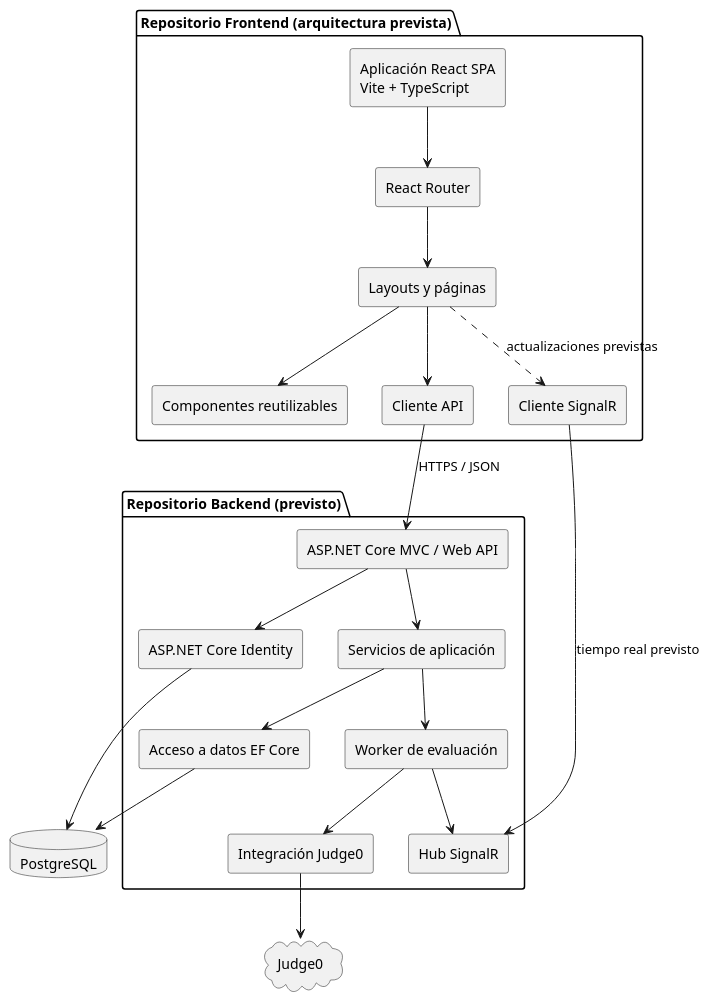
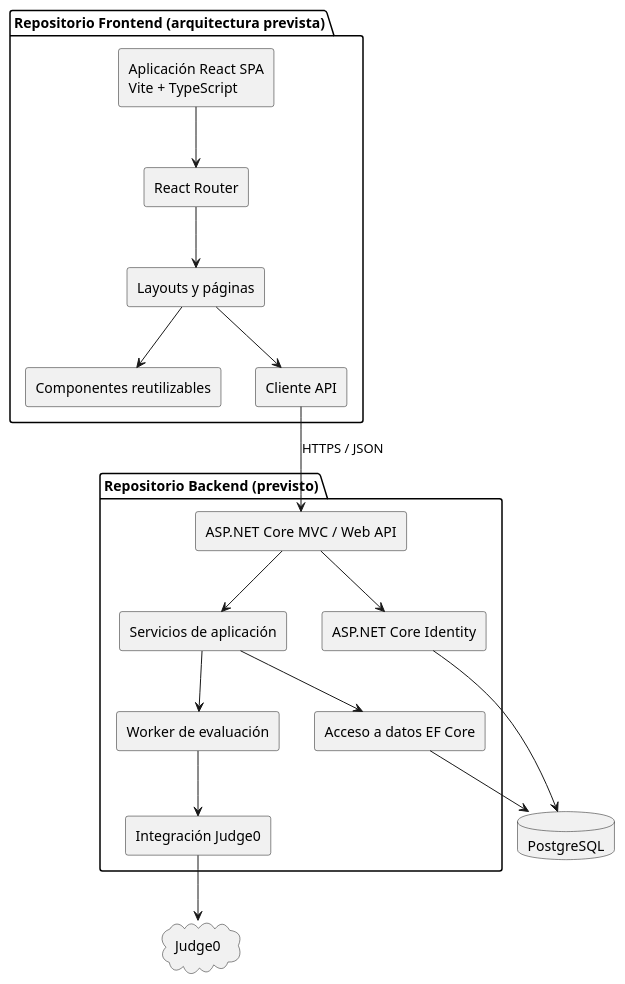
One commit to Alex-Fernandez-2003/UPDS-JUDGE-FRONT changed the diagram in docs/puml/arquitectura-componentes.puml. Above: the diagram before and after it, drawn with PlantUML. The commit also changed 17 other files, not shown here.

```diff
--- a/docs/puml/arquitectura-componentes.puml
+++ b/docs/puml/arquitectura-componentes.puml
@@ -1,38 +1,33 @@
 @startuml
 skinparam componentStyle rectangle
 package "Repositorio Frontend (arquitectura prevista)" {
   [Aplicación React SPA\nVite + TypeScript] as SPA
   [React Router] as Router
   [Layouts y páginas] as Paginas
   [Componentes reutilizables] as Componentes
   [Cliente API] as ApiClient
-  [Cliente SignalR] as SignalClient
 }
 package "Repositorio Backend (previsto)" {
   [ASP.NET Core MVC / Web API] as Controllers
   [Servicios de aplicación] as Services
   [Acceso a datos EF Core] as EF
   [ASP.NET Core Identity] as Identity
   [Integración Judge0] as J0
-  [Hub SignalR] as Hub
   [Worker de evaluación] as Worker
 }
 database PostgreSQL as DB
 cloud Judge0 as Judge
 SPA --> Router
 Router --> Paginas
 Paginas --> Componentes
 Paginas --> ApiClient
-Paginas ..> SignalClient : actualizaciones previstas
 ApiClient --> Controllers : HTTPS / JSON
-SignalClient --> Hub : tiempo real previsto
 Controllers --> Services
 Services --> EF
 Controllers --> Identity
 Services --> Worker
 Worker --> J0
 J0 --> Judge
 EF --> DB
 Identity --> DB
-Worker --> Hub
 @enduml
```
